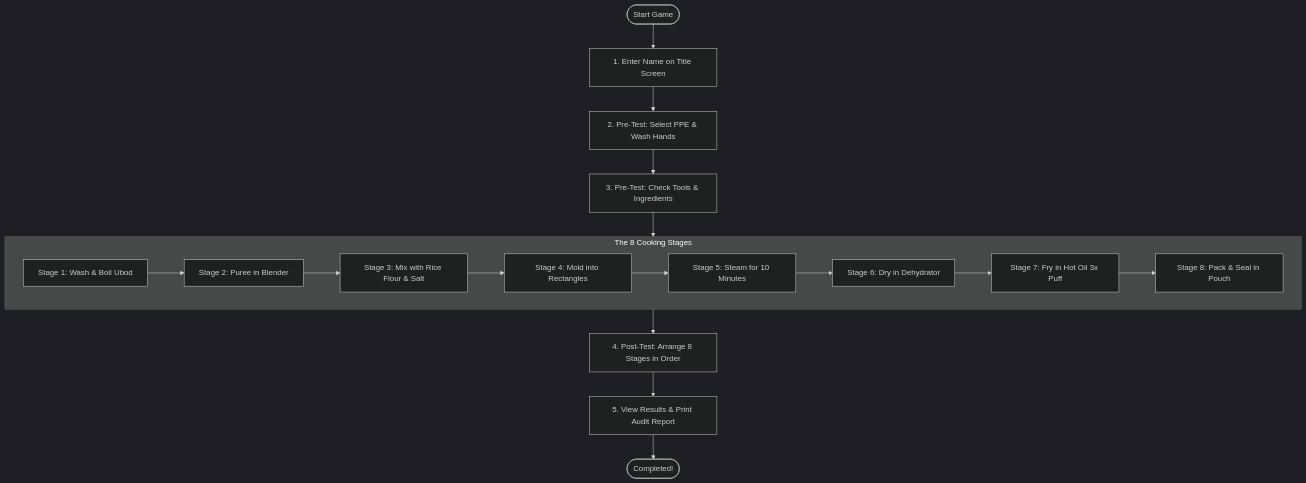
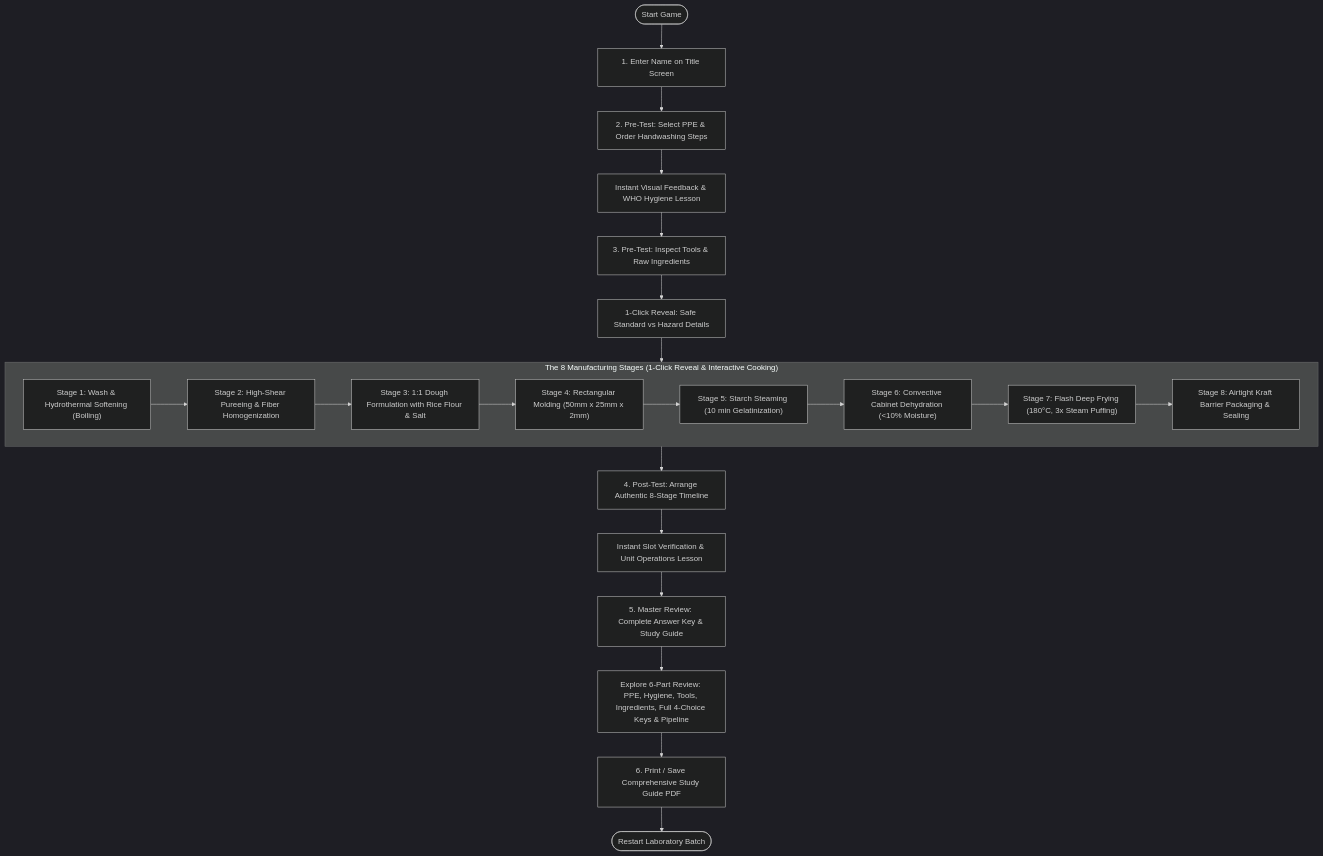
The fourth of 4 diagrams in docs/SYSTEM_DIAGRAMS.md (gjcodess/PithQuest), drawn with Mermaid (dark theme) before and after one commit. The commit also changed other lines of this file, not shown here.

First line of the commit message:
docs: update system diagrams and flowcharts for formative feedback and Master Review flow

````diff
--- a/docs/SYSTEM_DIAGRAMS.md
+++ b/docs/SYSTEM_DIAGRAMS.md
@@ -67,22 +127,30 @@
 ```mermaid
 flowchart TD
     Start([Start Game]) --> Step1[1. Enter Name on Title Screen]
     
-    Step1 --> Step2[2. Pre-Test: Select PPE & Wash Hands]
-    Step2 --> Step3[3. Pre-Test: Check Tools & Ingredients]
+    Step1 --> Step2[2. Pre-Test: Select PPE & Order Handwashing Steps]
+    Step2 --> Step2Feedback[Instant Visual Feedback & WHO Hygiene Lesson]
     
-    subgraph CookingStages ["The 8 Cooking Stages"]
-        S1[Stage 1: Wash & Boil Ubod] --> S2[Stage 2: Puree in Blender]
-        S2 --> S3[Stage 3: Mix with Rice Flour & Salt]
-        S3 --> S4[Stage 4: Mold into Rectangles]
-        S4 --> S5[Stage 5: Steam for 10 Minutes]
-        S5 --> S6[Stage 6: Dry in Dehydrator]
-        S6 --> S7[Stage 7: Fry in Hot Oil 3x Puff]
-        S7 --> S8[Stage 8: Pack & Seal in Pouch]
+    Step2Feedback --> Step3[3. Pre-Test: Inspect Tools & Raw Ingredients]
+    Step3 --> Step3Feedback[1-Click Reveal: Safe Standard vs Hazard Details]
+    
+    subgraph CookingStages ["The 8 Manufacturing Stages (1-Click Reveal & Interactive Cooking)"]
+        S1["Stage 1: Wash & Hydrothermal Softening (Boiling)"] --> S2["Stage 2: High-Shear Pureeing & Fiber Homogenization"]
+        S2 --> S3["Stage 3: 1:1 Dough Formulation with Rice Flour & Salt"]
+        S3 --> S4["Stage 4: Rectangular Molding (50mm x 25mm x 2mm)"]
+        S4 --> S5["Stage 5: Starch Steaming (10 min Gelatinization)"]
+        S5 --> S6["Stage 6: Convective Cabinet Dehydration (<10% Moisture)"]
+        S6 --> S7["Stage 7: Flash Deep Frying (180°C, 3x Steam Puffing)"]
+        S7 --> S8["Stage 8: Airtight Kraft Barrier Packaging & Sealing"]
     end
     
-    Step3 --> CookingStages
-    CookingStages --> Step4[4. Post-Test: Arrange 8 Stages in Order]
-    Step4 --> Step5[5. View Results & Print Audit Report]
-    Step5 --> Done([Completed!])
+    Step3Feedback --> CookingStages
+    
+    CookingStages --> Step4[4. Post-Test: Arrange Authentic 8-Stage Timeline]
+    Step4 --> Step4Feedback[Instant Slot Verification & Unit Operations Lesson]
+    
+    Step4Feedback --> Step5[5. Master Review: Complete Answer Key & Study Guide]
+    Step5 --> Step5Details[Explore 6-Part Review: PPE, Hygiene, Tools, Ingredients, Full 4-Choice Keys & Pipeline]
+    Step5Details --> Step6[6. Print / Save Comprehensive Study Guide PDF]
+    Step6 --> Done([Restart Laboratory Batch])
 ```
````
